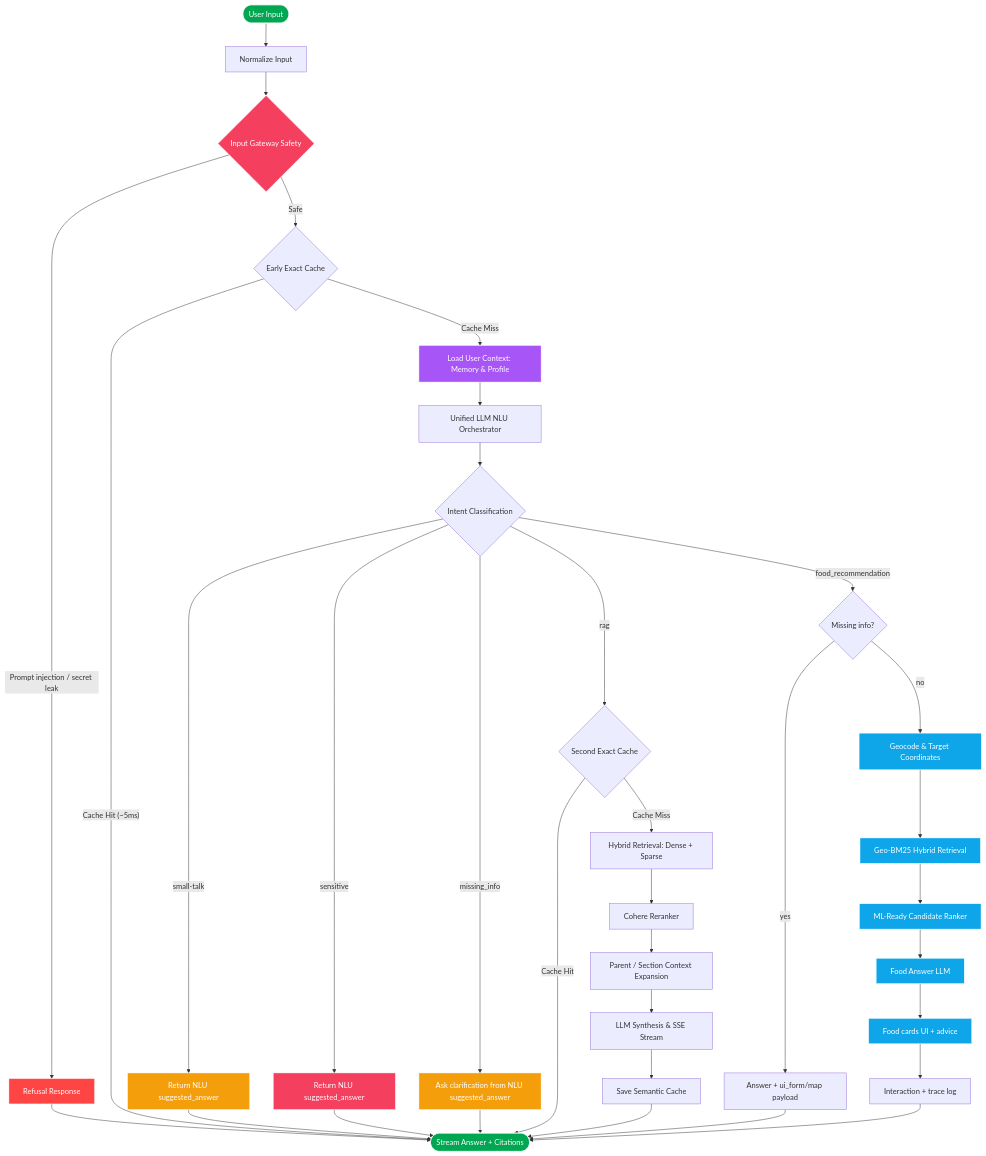
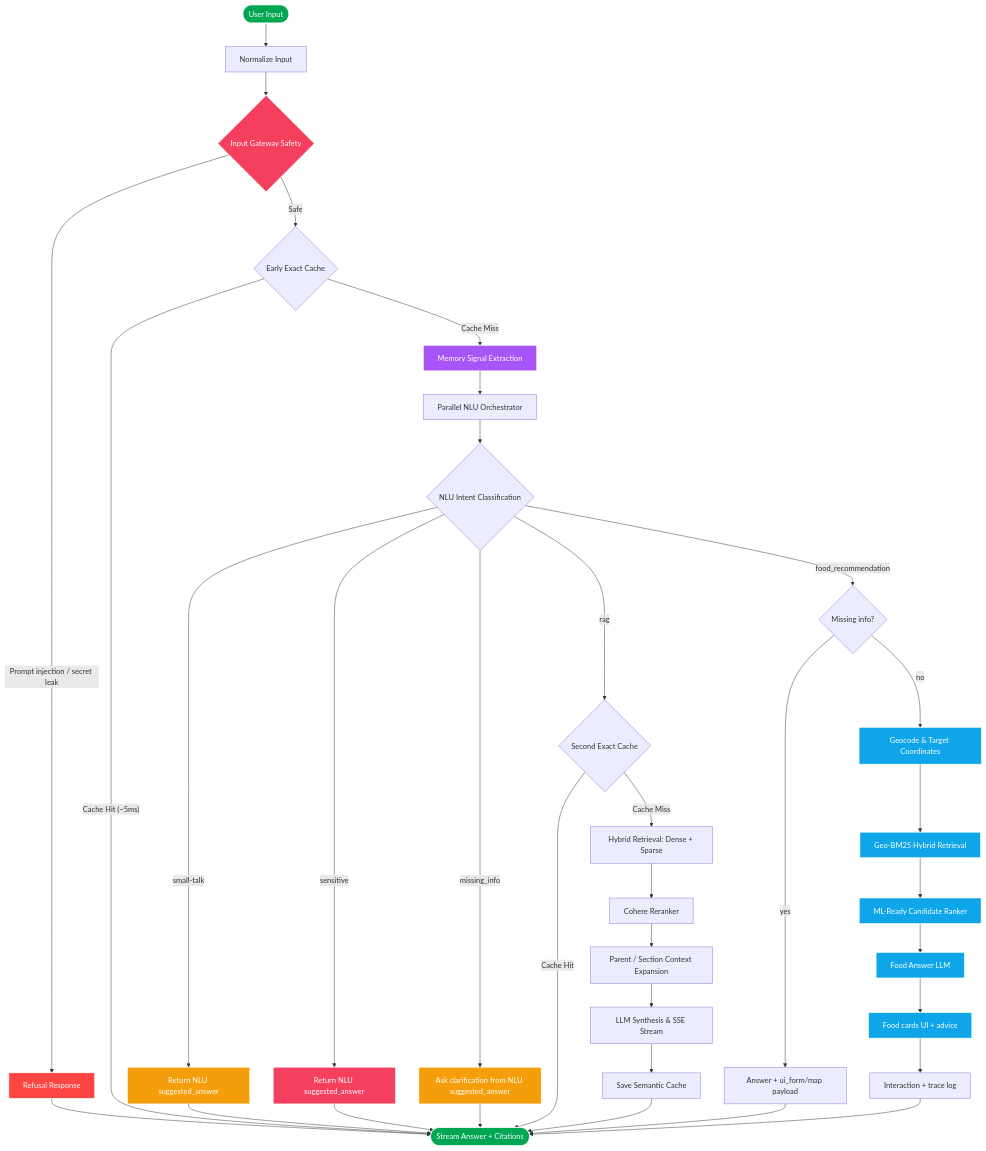
One commit to dungltcn272/XANH_SM_AI_ASSISTANT_V1 changed the diagram in README.md. Above: the diagram before and after it, drawn with Mermaid. The commit also changed other lines of this file and 3 other files, not shown here.

Commit message:
UPGRADE NLU Parallel

````diff
--- a/README.md
+++ b/README.md
@@ -58,57 +57,57 @@
 ```mermaid
 graph TD
     A([User Input]) --> N[Normalize Input]
     N --> B{Input Gateway Safety}
     B -- "Prompt injection / secret leak" --> Block[Refusal Response]
     B -- "Safe" --> C{Early Exact Cache}
 
     C -- "Cache Hit (~5ms)" --> Out([Stream Answer + Citations])
-    C -- "Cache Miss" --> LC[Load User Context: Memory & Profile]
-    LC --> D[Unified LLM NLU Orchestrator]
+    C -- "Cache Miss" --> LC[Memory Signal Extraction]
+    LC --> D[Parallel NLU Orchestrator]
     
-    D --> E{Intent Classification}
+    D --> E{NLU Intent Classification}
     E -- "small-talk" --> Stalk[Return NLU suggested_answer]
     E -- "sensitive" --> Sen[Return NLU suggested_answer]
     E -- "missing_info" --> Miss[Ask clarification from NLU suggested_answer]
     E -- "rag" --> F{Second Exact Cache}
     E -- "food_recommendation" --> M{Missing info?}
 
     %% Luồng Food Recommendation
     M -- yes --> FORM[Answer + ui_form/map payload]
     M -- no --> FR1[Geocode & Target Coordinates]
     FR1 --> FR2[Geo-BM25 Hybrid Retrieval]
     FR2 --> FR3[ML-Ready Candidate Ranker]
     FR3 --> FR4[Food Answer LLM]
     FR4 --> CARD[Food cards UI + advice]
     CARD --> LOG[Interaction + trace log]
     LOG --> Out
 
     %% Luồng RAG
     F -- "Cache Hit" --> Out
     F -- "Cache Miss" --> G[Hybrid Retrieval: Dense + Sparse]
     G --> H[Cohere Reranker]
     H --> I[Parent / Section Context Expansion]
     I --> K[LLM Synthesis & SSE Stream]
     K --> CacheSave[Save Semantic Cache]
     CacheSave --> Out
 
     Block --> Out
     Stalk --> Out
     Sen --> Out
     Miss --> Out
     FORM --> Out
 
     style A fill:#00A651,stroke:#fff,color:#fff
     style Out fill:#00A651,stroke:#fff,color:#fff
     style Block fill:#ff4444,stroke:#fff,color:#fff
     style Stalk fill:#f59e0b,stroke:#fff,color:#fff
     style Sen fill:#f43f5e,stroke:#fff,color:#fff
     style Miss fill:#f59e0b,stroke:#fff,color:#fff
     style B fill:#f43f5e,stroke:#fff,color:#fff
     style FR1 fill:#0ea5e9,stroke:#fff,color:#fff
     style FR2 fill:#0ea5e9,stroke:#fff,color:#fff
     style FR3 fill:#0ea5e9,stroke:#fff,color:#fff
     style FR4 fill:#0ea5e9,stroke:#fff,color:#fff
     style CARD fill:#0ea5e9,stroke:#fff,color:#fff
     style LC fill:#a855f7,stroke:#fff,color:#fff
 ```
````
